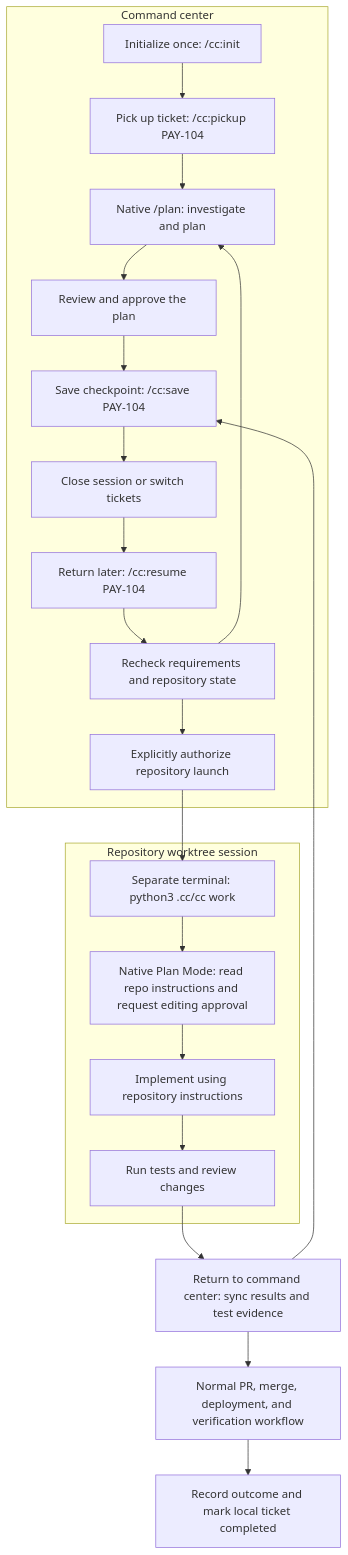
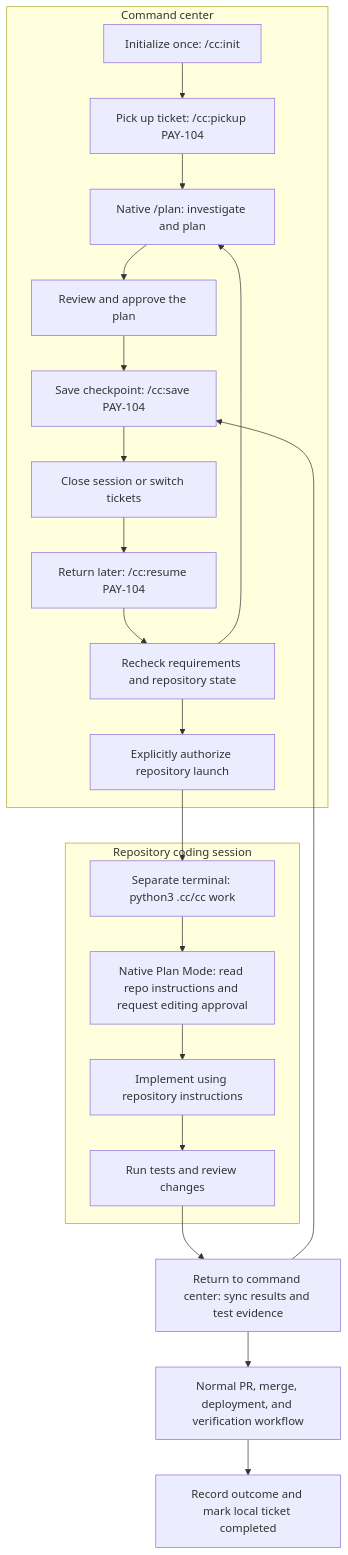
One commit to cabrerakevinc/my-cc changed the diagram in README.md. Above: the diagram before and after it, drawn with Mermaid. The commit also changed other lines of this file and 12 other files, not shown here.

````diff
--- a/README.md
+++ b/README.md
@@ -112,24 +112,24 @@
 ```mermaid
 flowchart TD
     subgraph Center[Command center]
         Init["Initialize once: /cc:init"] --> Pickup["Pick up ticket: /cc:pickup PAY-104"]
         Pickup --> Investigate["Native /plan: investigate and plan"]
         Investigate --> Approve["Review and approve the plan"]
         Recheck --> Authorize["Explicitly authorize repository launch"]
         Save["Save checkpoint: /cc:save PAY-104"] --> Pause["Close session or switch tickets"]
         Pause --> Resume["Return later: /cc:resume PAY-104"]
         Resume --> Recheck["Recheck requirements and repository state"]
         Recheck --> Investigate
     end
     Authorize --> Launch["Separate terminal: python3 .cc/cc work"]
-    subgraph Repo[Repository worktree session]
+    subgraph Repo[Repository coding session]
         Launch --> Gate["Native Plan Mode: read repo instructions and request editing approval"]
         Gate --> Implement["Implement using repository instructions"]
         Implement --> Test["Run tests and review changes"]
     end
     Test --> Sync["Return to command center: sync results and test evidence"]
     Sync --> Save
     Approve --> Save
     Sync --> Delivery["Normal PR, merge, deployment, and verification workflow"]
     Delivery --> Complete["Record outcome and mark local ticket completed"]
 ```
````
